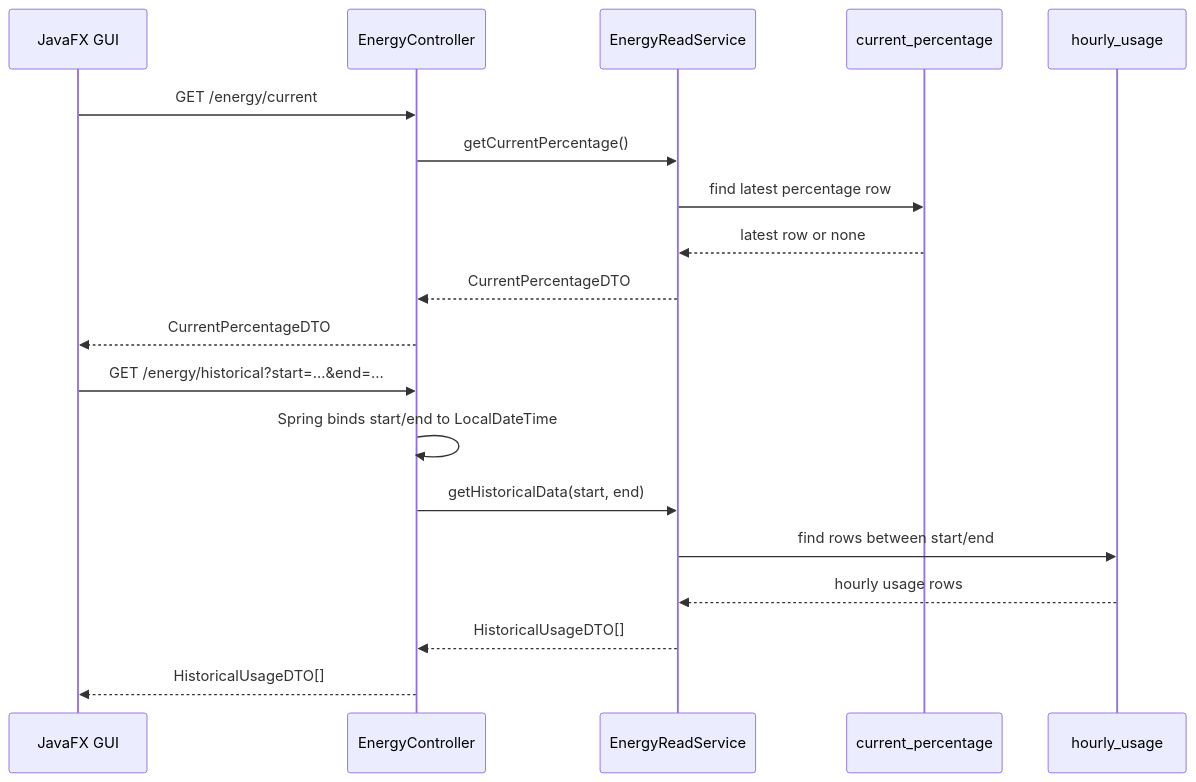
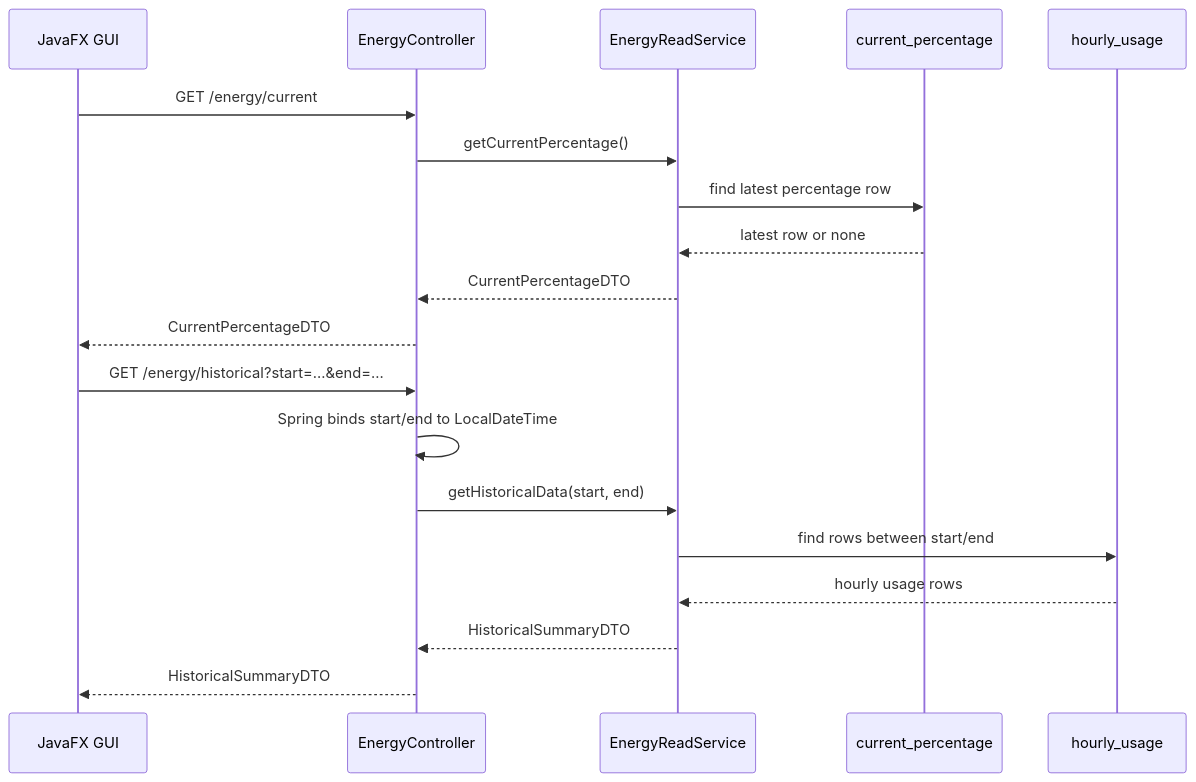
One commit to Dev02Liu/energy_community_project changed the second of 2 diagrams in docs/modules-documentation/rest-api.md. Above: the diagram before and after it, drawn with Mermaid. The commit also changed other lines of this file and 8 other files, not shown here.

````diff
--- a/docs/modules-documentation/rest-api.md
+++ b/docs/modules-documentation/rest-api.md
@@ -84,23 +85,23 @@
 ```mermaid
 sequenceDiagram
     participant GUI as JavaFX GUI
     participant API as EnergyController
     participant SVC as EnergyReadService
     participant CP as current_percentage
     participant HU as hourly_usage
 
     GUI->>API: GET /energy/current
     API->>SVC: getCurrentPercentage()
     SVC->>CP: find latest percentage row
     CP-->>SVC: latest row or none
     SVC-->>API: CurrentPercentageDTO
     API-->>GUI: CurrentPercentageDTO
 
     GUI->>API: GET /energy/historical?start=...&end=...
     API->>API: Spring binds start/end to LocalDateTime
     API->>SVC: getHistoricalData(start, end)
     SVC->>HU: find rows between start/end
     HU-->>SVC: hourly usage rows
-    SVC-->>API: HistoricalUsageDTO[]
-    API-->>GUI: HistoricalUsageDTO[]
+    SVC-->>API: HistoricalSummaryDTO
+    API-->>GUI: HistoricalSummaryDTO
 ```
````
